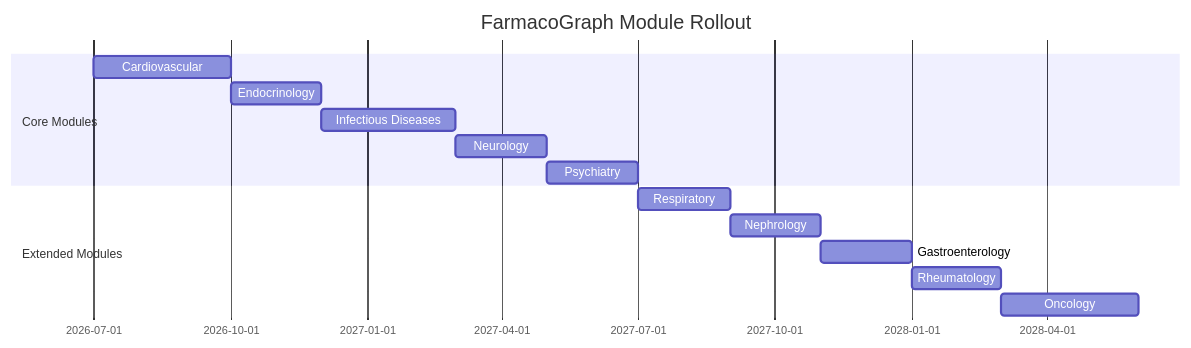
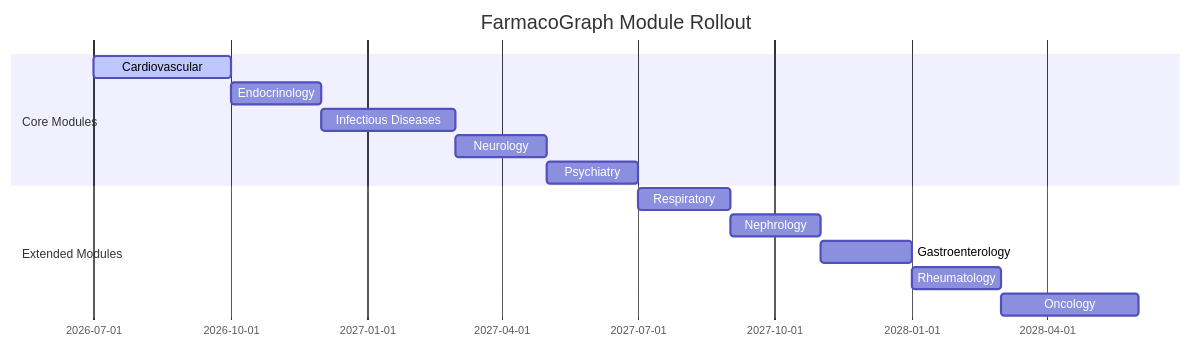
Before and after one commit to drFurkanGuven/FarmacoGraph: the diagram in docs/roadmap.md, drawn with Mermaid. The commit also changed other lines of this file and 204 other files, not shown here.

````diff
--- a/docs/roadmap.md
+++ b/docs/roadmap.md
@@ -115,17 +149,17 @@
 ```mermaid
 gantt
     title FarmacoGraph Module Rollout
     dateFormat YYYY-MM
     section Core Modules
-    Cardiovascular           :cv, 2026-07, 3M
+    Cardiovascular           :active, cv, 2026-07, 3M
     Endocrinology            :endo, after cv, 2M
     Infectious Diseases      :id, after endo, 3M
     Neurology                :neuro, after id, 2M
     Psychiatry               :psych, after neuro, 2M
     section Extended Modules
     Respiratory              :resp, after psych, 2M
     Nephrology               :neph, after resp, 2M
     Gastroenterology         :gi, after neph, 2M
     Rheumatology             :rheum, after gi, 2M
     Oncology                 :onc, after rheum, 3M
 ```
````
